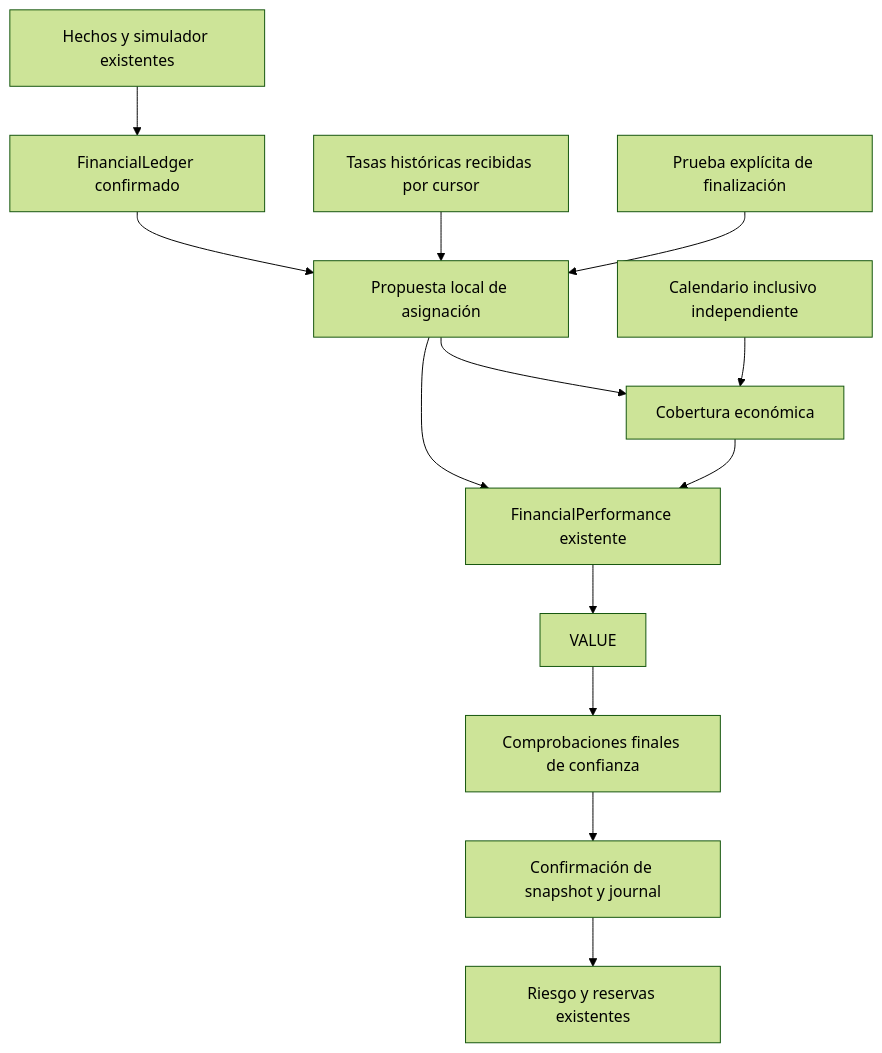
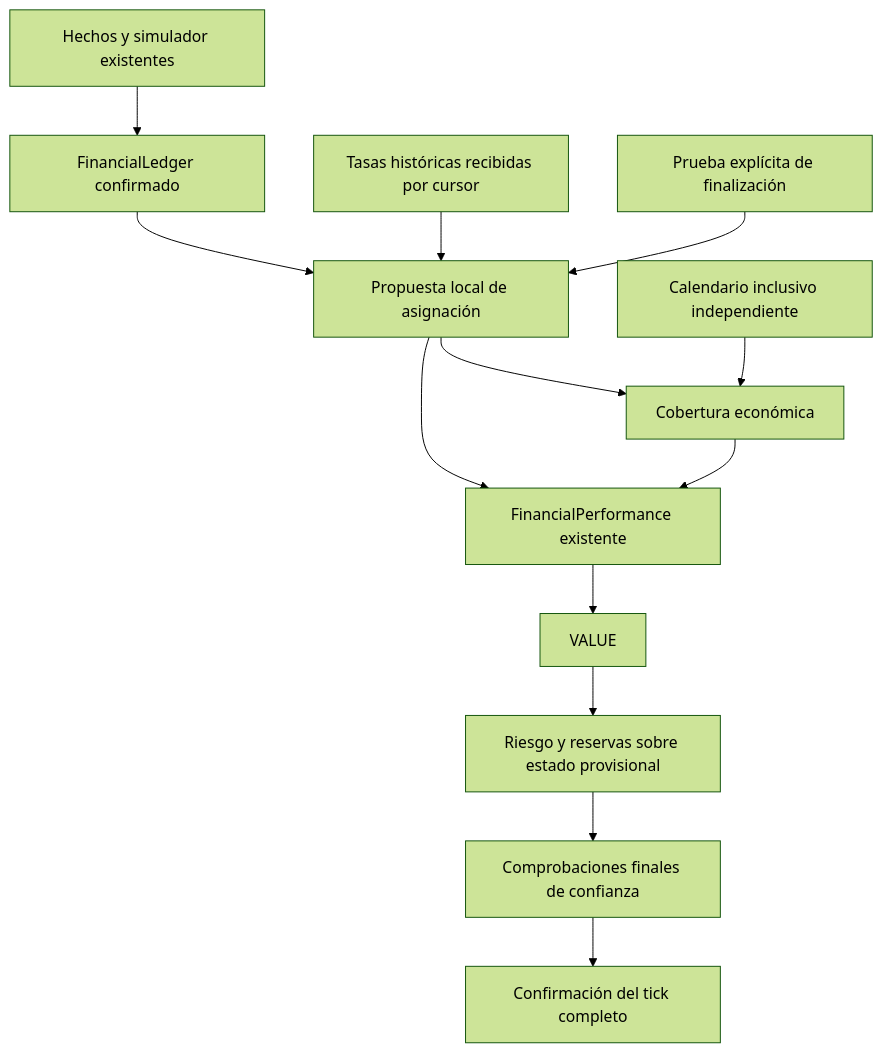
The diagram in docs/DYNAMIC_FUNDING_REPLAY_SPEC.md (giomen0512-a11y/SHib-alt-b), drawn with Mermaid (forest theme) before and after one commit. The commit also changed other lines of this file and 20 other files, not shown here.

````diff
--- a/docs/DYNAMIC_FUNDING_REPLAY_SPEC.md
+++ b/docs/DYNAMIC_FUNDING_REPLAY_SPEC.md
@@ -20,15 +21,15 @@
 ```mermaid
 flowchart TD
   F[Hechos y simulador existentes] --> L[FinancialLedger confirmado]
   R[Tasas históricas recibidas por cursor] --> D[Propuesta local de asignación]
   L --> D
   W[Prueba explícita de finalización] --> D
   C[Calendario inclusivo independiente] --> E[Cobertura económica]
   D --> E
   D --> P[FinancialPerformance existente]
   E --> P
   P --> V[VALUE]
-  V --> T[Comprobaciones finales de confianza]
-  T --> S[Confirmación de snapshot y journal]
-  S --> K[Riesgo y reservas existentes]
+  V --> K[Riesgo y reservas sobre estado provisional]
+  K --> T[Comprobaciones finales de confianza]
+  T --> S[Confirmación del tick completo]
 ```
````
